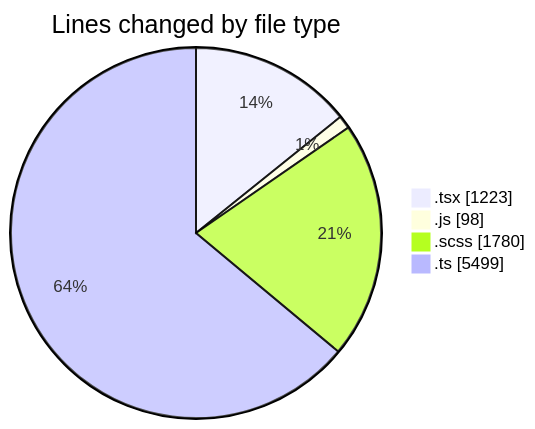
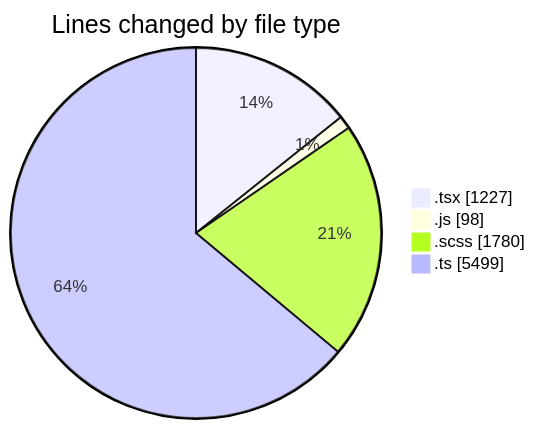
Before and after one commit to momahboobian/code-tracking: the first of 2 diagrams in 2025-03-31/cda/README.md, drawn with Mermaid. The commit also changed other lines of this file and 1 other file, not shown here.

````diff
--- a/2025-03-31/cda/README.md
+++ b/2025-03-31/cda/README.md
@@ -39,8 +39,8 @@
 ```mermaid
 pie showData
 title Lines changed by file type
-".tsx" : 1223
+".tsx" : 1227
 ".js" : 98
 ".scss" : 1780
 ".ts" : 5499
 ```
````
